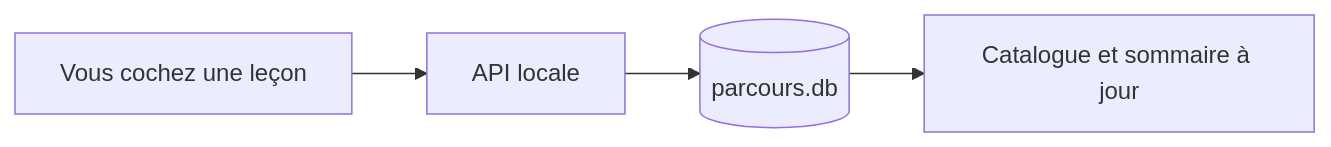
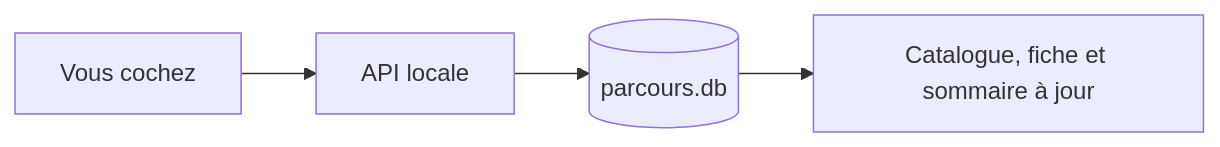
Before and after one commit to cedricgicquiaud/parcours: the diagram in formations/prise-en-main/lecons/progression.md, drawn with Mermaid. The commit also changed other lines of this file and 17 other files, not shown here.

````diff
--- a/formations/prise-en-main/lecons/progression.md
+++ b/formations/prise-en-main/lecons/progression.md
@@ -4,6 +4,6 @@
 ```mermaid
 graph LR
-  A[Vous cochez une leçon] --> B[API locale]
+  A[Vous cochez] --> B[API locale]
   B --> C[(parcours.db)]
-  C --> D[Catalogue et sommaire à jour]
+  C --> D[Catalogue, fiche et sommaire à jour]
 ```
````
